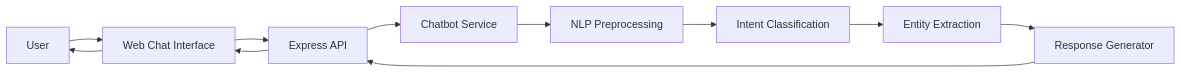
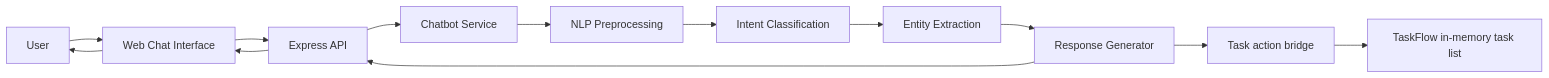
The diagram in chatbot/README.md (pawanshettyy/taskflow), drawn with Mermaid before and after one commit. The commit also changed other lines of this file and 1 other file, not shown here.

Commit message:
feat: enhance chatbot functionality to support task management commands

````diff
--- a/chatbot/README.md
+++ b/chatbot/README.md
@@ -58,13 +61,15 @@
 ```mermaid
 flowchart LR
     A[User] --> B[Web Chat Interface]
     B --> C[Express API]
     C --> D[Chatbot Service]
     D --> E[NLP Preprocessing]
     E --> F[Intent Classification]
     F --> G[Entity Extraction]
     G --> H[Response Generator]
-    H --> C
+      H --> I[Task action bridge]
+      I --> J[TaskFlow in-memory task list]
+      H --> C
     C --> B
     B --> A
 ```
````
